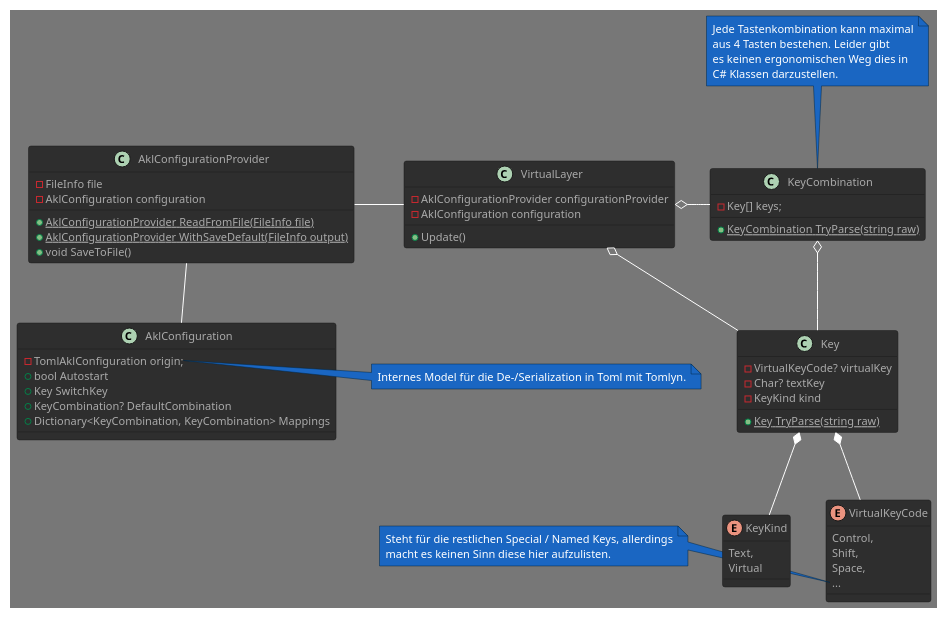
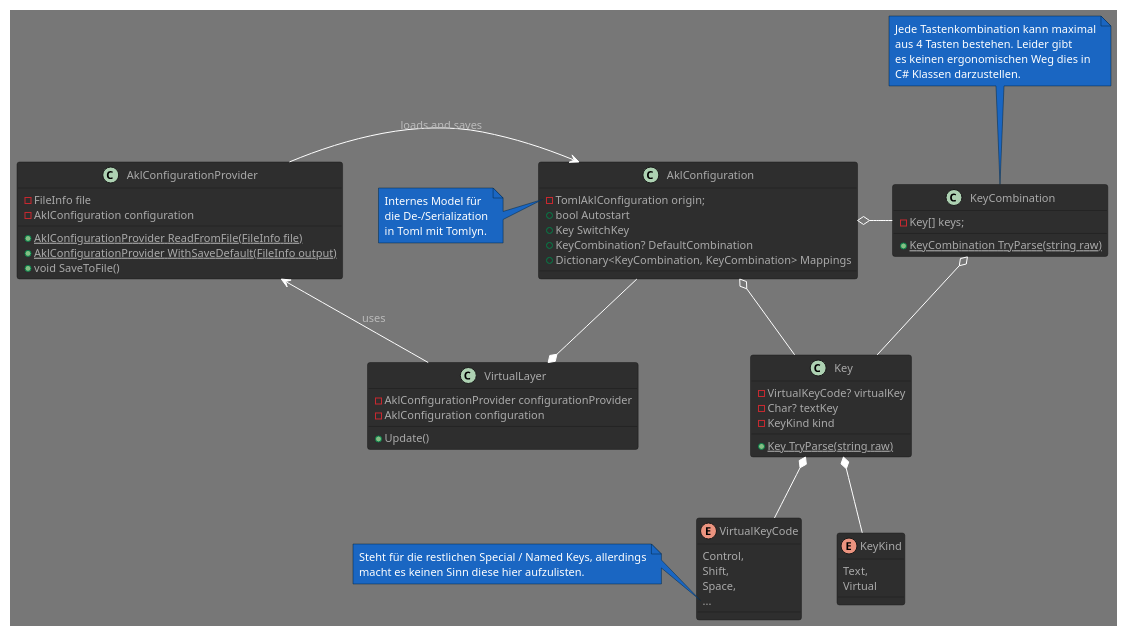
The first of 2 diagrams in README.adoc (marchaen/another-keyboard-layer), drawn with PlantUML before and after one commit.

Commit message:
Update visual akl common api overview

```diff
--- a/README.adoc
+++ b/README.adoc
@@ -99,81 +99,83 @@
 [plantuml, target="common-api-definition", format=svg]
 ....
 @startuml
 !theme reddress-darkblue
 
 enum VirtualKeyCode {
     Control,
     Shift,
     Space,
     ...
 }
 
 note left of VirtualKeyCode::...
 Steht für die restlichen Special / Named Keys, allerdings
 macht es keinen Sinn diese hier aufzulisten.
 end note
 
 enum KeyKind {
     Text,
     Virtual
 }
 
 class Key {
     {field} -VirtualKeyCode? virtualKey
     {field} -Char? textKey
     {field} -KeyKind kind
     {static} {method} +Key TryParse(string raw)
 }
 
-Key *-- VirtualKeyCode
-Key *-- KeyKind
-
 class KeyCombination {
     {field} -Key[] keys;
     {static} {method} +KeyCombination TryParse(string raw)
 }
 
 note top of KeyCombination
 Jede Tastenkombination kann maximal
 aus 4 Tasten bestehen. Leider gibt
 es keinen ergonomischen Weg dies in
 C# Klassen darzustellen.
 end note
 
-KeyCombination o-- Key
+class AklConfiguration {
+    {field} -TomlAklConfiguration origin;
+    {field} +bool Autostart
+    {field} +Key SwitchKey
+    {field} +KeyCombination? DefaultCombination
+    {field} +Dictionary<KeyCombination, KeyCombination> Mappings
+}
+
+note left of AklConfiguration::TomlAklConfiguration
+Internes Model für
+die De-/Serialization
+in Toml mit Tomlyn.
+end note
 
 class VirtualLayer {
     {field} -AklConfigurationProvider configurationProvider
     {field} -AklConfiguration configuration
     {method} +Update()
 }
-
-VirtualLayer o- KeyCombination
-VirtualLayer o- Key
 
 class AklConfigurationProvider {
     {field} -FileInfo file
     {field} -AklConfiguration configuration
     {static} {method} +AklConfigurationProvider ReadFromFile(FileInfo file)
     {static} {method} +AklConfigurationProvider WithSaveDefault(FileInfo output)
     {method} +void SaveToFile()
 }
 
-AklConfigurationProvider - VirtualLayer
+Key *-- VirtualKeyCode
+Key *-- KeyKind
 
-class AklConfiguration {
-    {field} -TomlAklConfiguration origin;
-    {field} +bool Autostart
-    {field} +Key SwitchKey
-    {field} +KeyCombination? DefaultCombination
-    {field} +Dictionary<KeyCombination, KeyCombination> Mappings
-}
+KeyCombination o-- Key
 
-note left of AklConfiguration::TomlAklConfiguration
-Internes Model für die De-/Serialization in Toml mit Tomlyn.
-end note
+AklConfiguration o- KeyCombination
+AklConfiguration o- Key
+AklConfigurationProvider -> AklConfiguration : loads and saves
 
-AklConfigurationProvider -- AklConfiguration
+AklConfiguration --* VirtualLayer
+AklConfigurationProvider <-- VirtualLayer : uses
 
 @enduml
 ....
```
